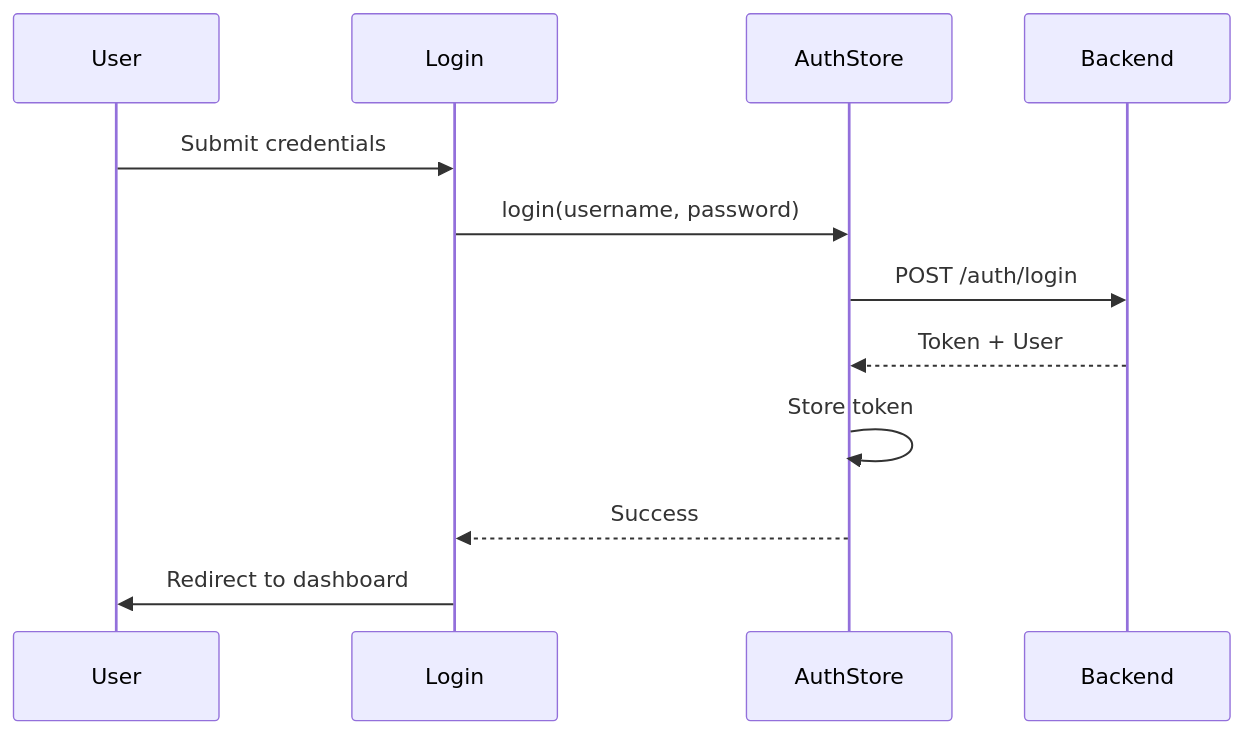
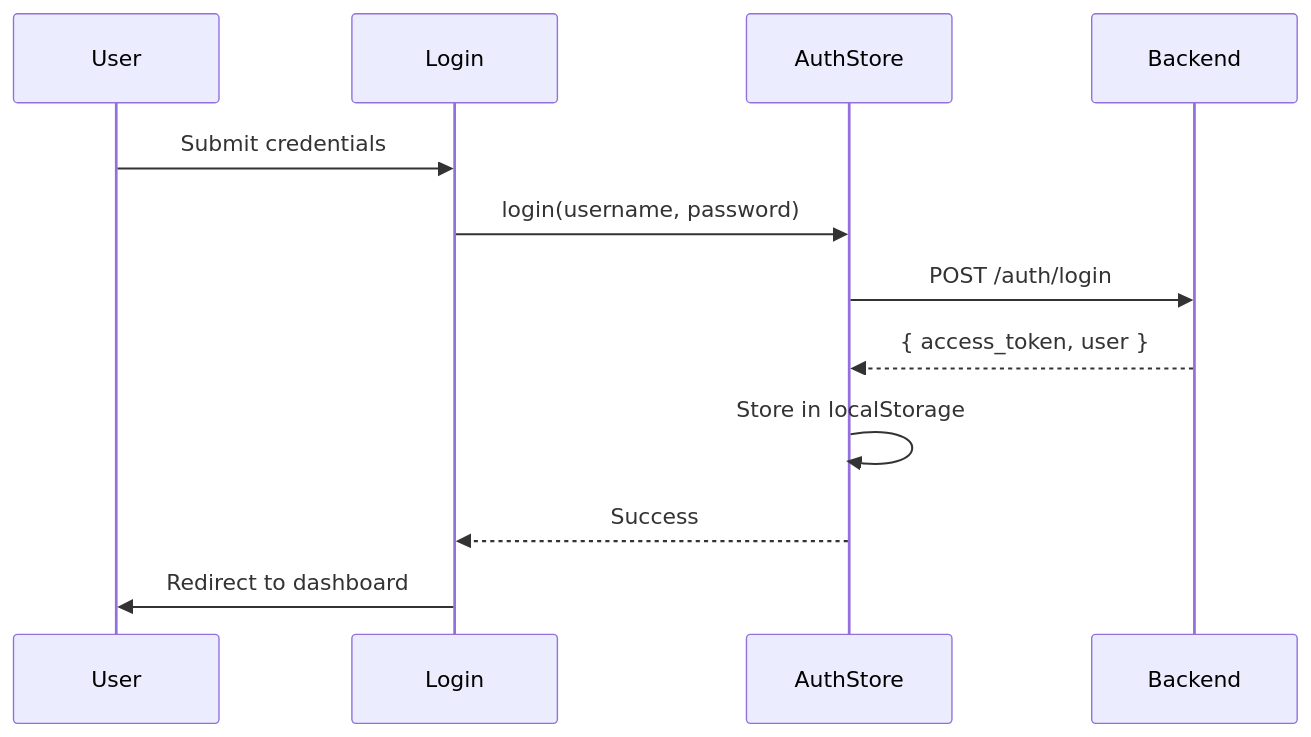
One commit to royzah/OryxID changed the third of 5 diagrams in frontend/README.md. Above: the diagram before and after it, drawn with Mermaid. The commit also changed other lines of this file and 2 other files, not shown here.

First line of the commit message:
docs: Update project documentation with comprehensive OAuth flow coverage

````diff
--- a/frontend/README.md
+++ b/frontend/README.md
@@ -208,15 +276,15 @@
 ```mermaid
 sequenceDiagram
     participant User
     participant Login
     participant AuthStore
     participant Backend
 
     User->>Login: Submit credentials
     Login->>AuthStore: login(username, password)
     AuthStore->>Backend: POST /auth/login
-    Backend-->>AuthStore: Token + User
-    AuthStore->>AuthStore: Store token
+    Backend-->>AuthStore: { access_token, user }
+    AuthStore->>AuthStore: Store in localStorage
     AuthStore-->>Login: Success
     Login->>User: Redirect to dashboard
 ```
````
